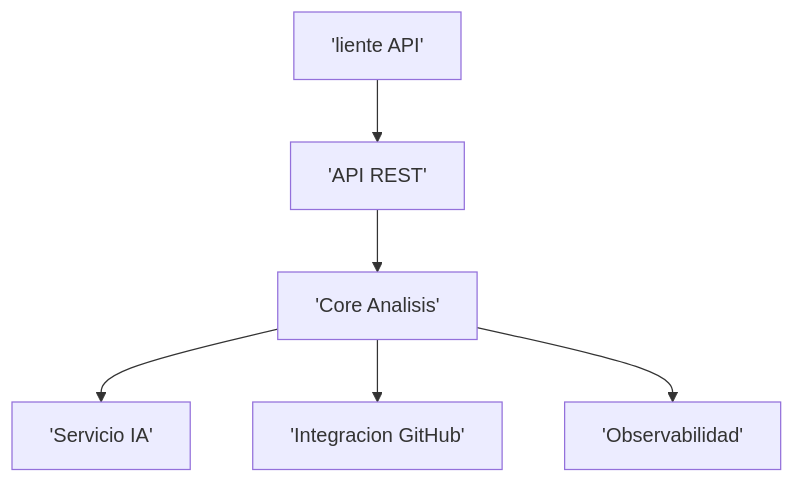
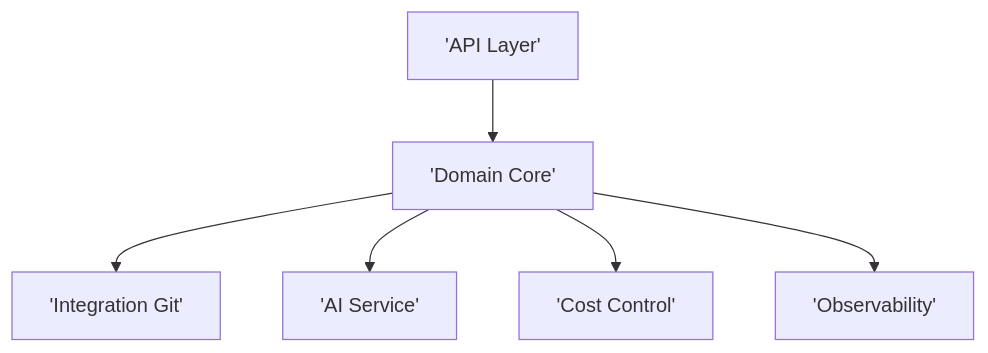
Before and after one commit to essancv/training: the diagram in analysis_chatgpt/DOC5_ARCH_OPTIONS.md, drawn with Mermaid. The commit also changed other lines of this file, not shown here.

````diff
--- a/analysis_chatgpt/DOC5_ARCH_OPTIONS.md
+++ b/analysis_chatgpt/DOC5_ARCH_OPTIONS.md
@@ -15,8 +6,8 @@
 ```mermaid
 flowchart TD
-CLIENT['liente API'] --> API['API REST']
-API --> CORE['Core Analisis']
-CORE --> AI['Servicio IA']
-CORE --> GIT['Integracion GitHub']
-CORE --> OBS['Observabilidad']
+A['API Layer'] --> B['Domain Core']
+B --> C['Integration Git']
+B --> D['AI Service']
+B --> E['Cost Control']
+B --> F['Observability']
 ```
````
